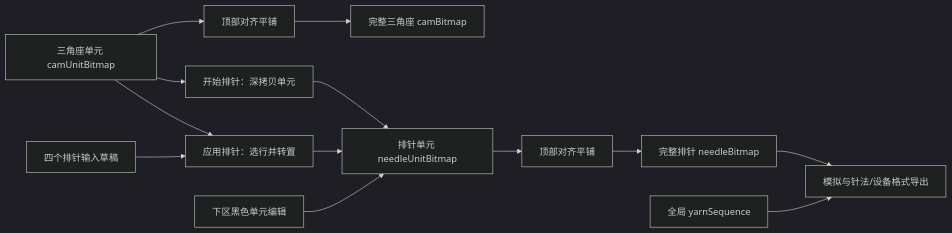
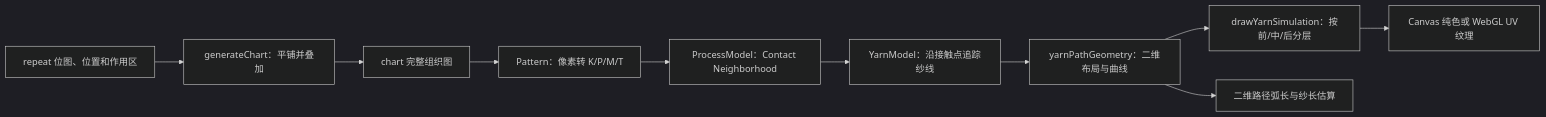
Before and after one commit to newman655200/KnitScape: the first of 2 diagrams in KnitScape_当前功能与算法.md, drawn with Mermaid (dark theme). The commit also changed other lines of this file and 81 other files, not shown here.

Commit message:
revert: restore single chart editor version

````diff
--- a/KnitScape_当前功能与算法.md
+++ b/KnitScape_当前功能与算法.md
@@ -93,15 +42,12 @@
 ```mermaid
 flowchart LR
-    A["三角座单元 camUnitBitmap"] --> B["顶部对齐平铺"]
-    A --> C["开始排针：深拷贝单元"]
-    A --> D["应用排针：选行并转置"]
-    E["四个排针输入草稿"] --> D
-    C --> F["排针单元 needleUnitBitmap"]
-    D --> F
-    G["下区黑色单元编辑"] --> F
-    F --> H["顶部对齐平铺"]
-    B --> I["完整三角座 camBitmap"]
-    H --> J["完整排针 needleBitmap"]
-    J --> K["模拟与针法/设备格式导出"]
-    L["全局 yarnSequence"] --> K
+    A["repeat 位图、位置和作用区"] --> B["generateChart：平铺并叠加"]
+    B --> C["chart 完整组织图"]
+    C --> D["Pattern：像素转 K/P/M/T"]
+    D --> E["ProcessModel：Contact Neighborhood"]
+    E --> F["YarnModel：沿接触点追踪纱线"]
+    F --> G["yarnPathGeometry：二维布局与曲线"]
+    G --> H["drawYarnSimulation：按前/中/后分层"]
+    H --> I["Canvas 纯色或 WebGL UV 纹理"]
+    G --> J["二维路径弧长与纱长估算"]
 ```
````
